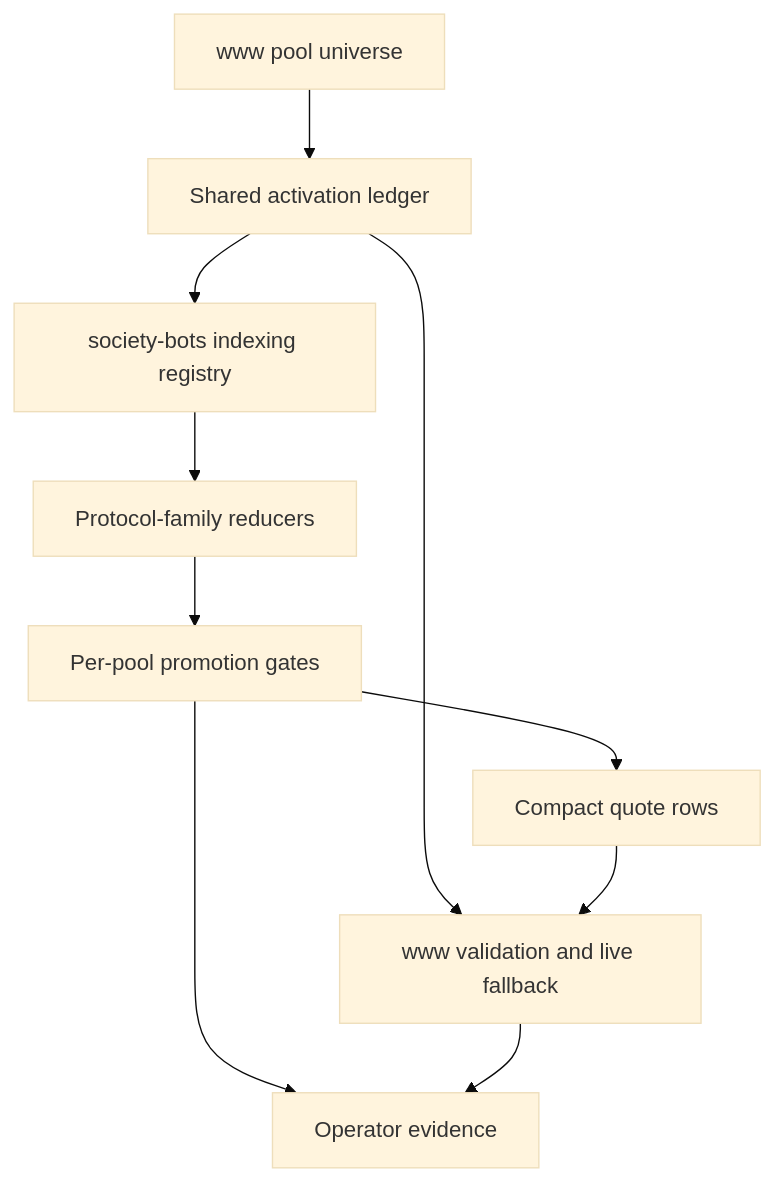
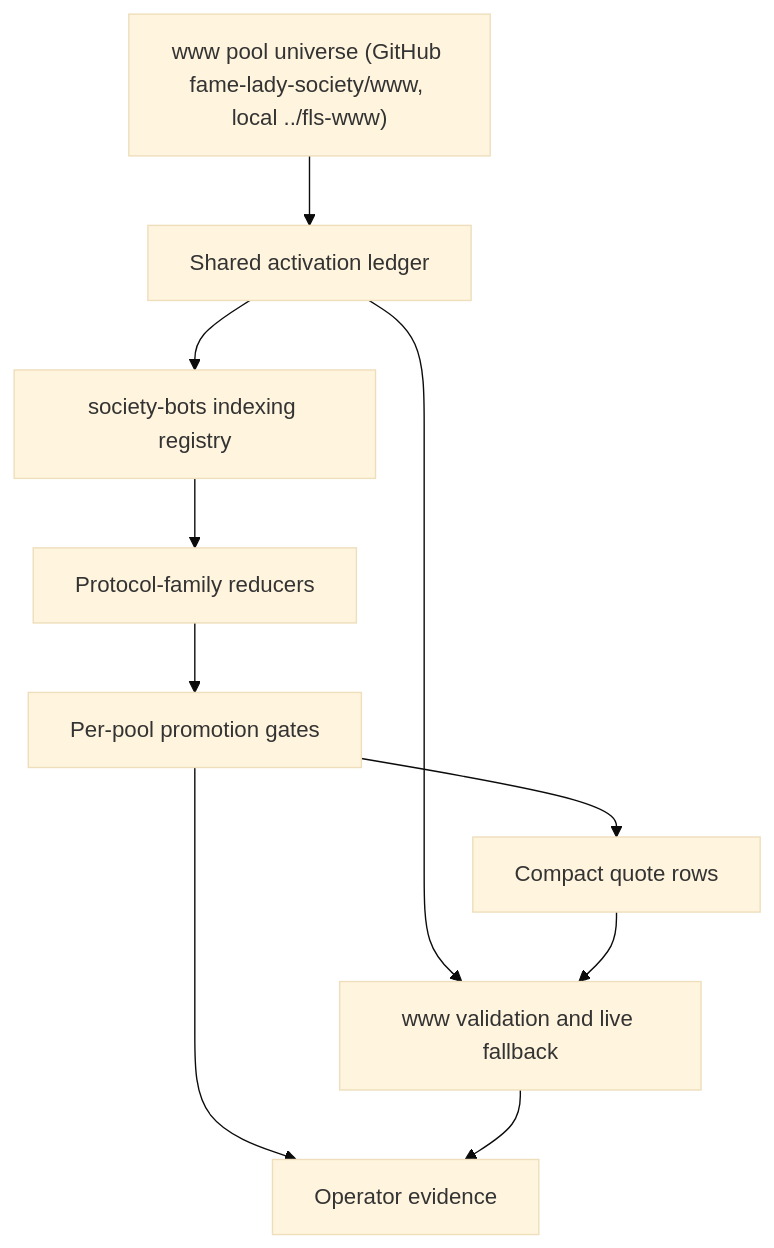
One commit to fame-lady-society/society-bots changed the diagram in docs/brainstorms/2026-05-30-fame-supported-pool-activation-bundle-requirements.md. Above: the diagram before and after it, drawn with Mermaid (base theme). The commit also changed other lines of this file and 18 other files, not shown here.

First line of the commit message:
docs(fame): clarify companion www checkout path

````diff
--- a/docs/brainstorms/2026-05-30-fame-supported-pool-activation-bundle-requirements.md
+++ b/docs/brainstorms/2026-05-30-fame-supported-pool-activation-bundle-requirements.md
@@ -20,21 +22,21 @@
 ```mermaid
 flowchart TB
-  Universe["www pool universe"]
+  Universe["www pool universe (GitHub fame-lady-society/www, local ../fls-www)"]
   Ledger["Shared activation ledger"]
   Registry["society-bots indexing registry"]
   Reducers["Protocol-family reducers"]
   Gates["Per-pool promotion gates"]
   Quotes["Compact quote rows"]
   Consumer["www validation and live fallback"]
   Evidence["Operator evidence"]
 
   Universe --> Ledger
   Ledger --> Registry
   Ledger --> Consumer
   Registry --> Reducers
   Reducers --> Gates
   Gates --> Quotes
   Quotes --> Consumer
   Gates --> Evidence
   Consumer --> Evidence
 ```
````
